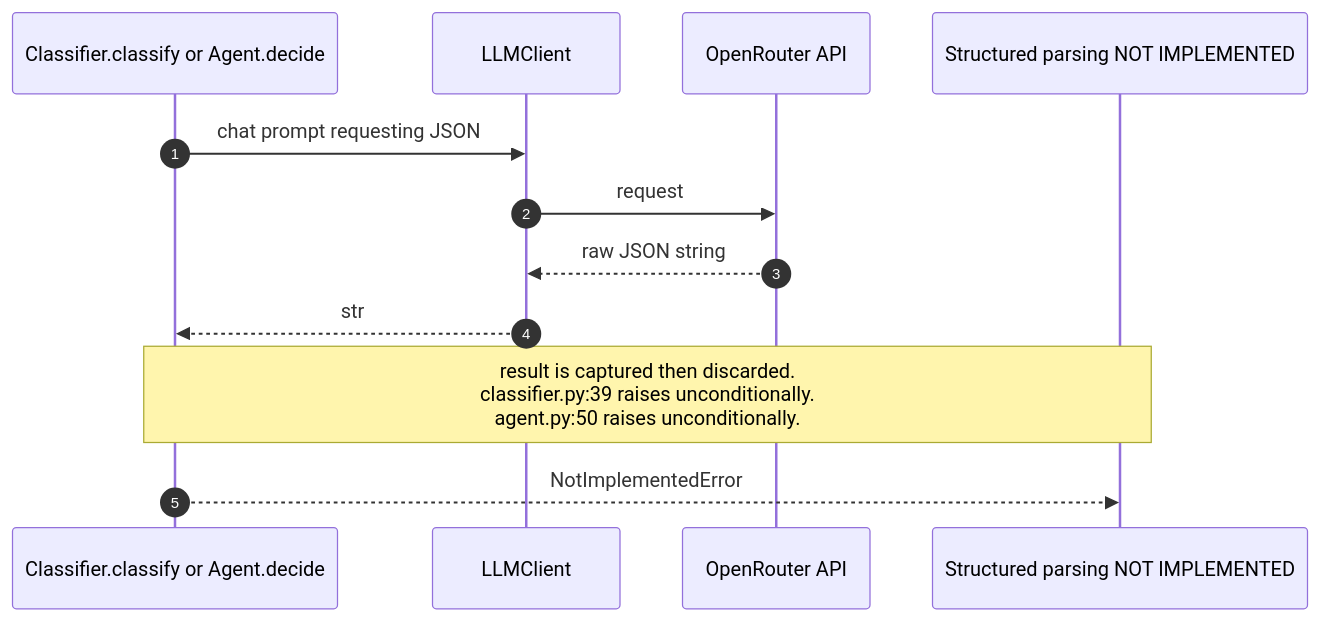
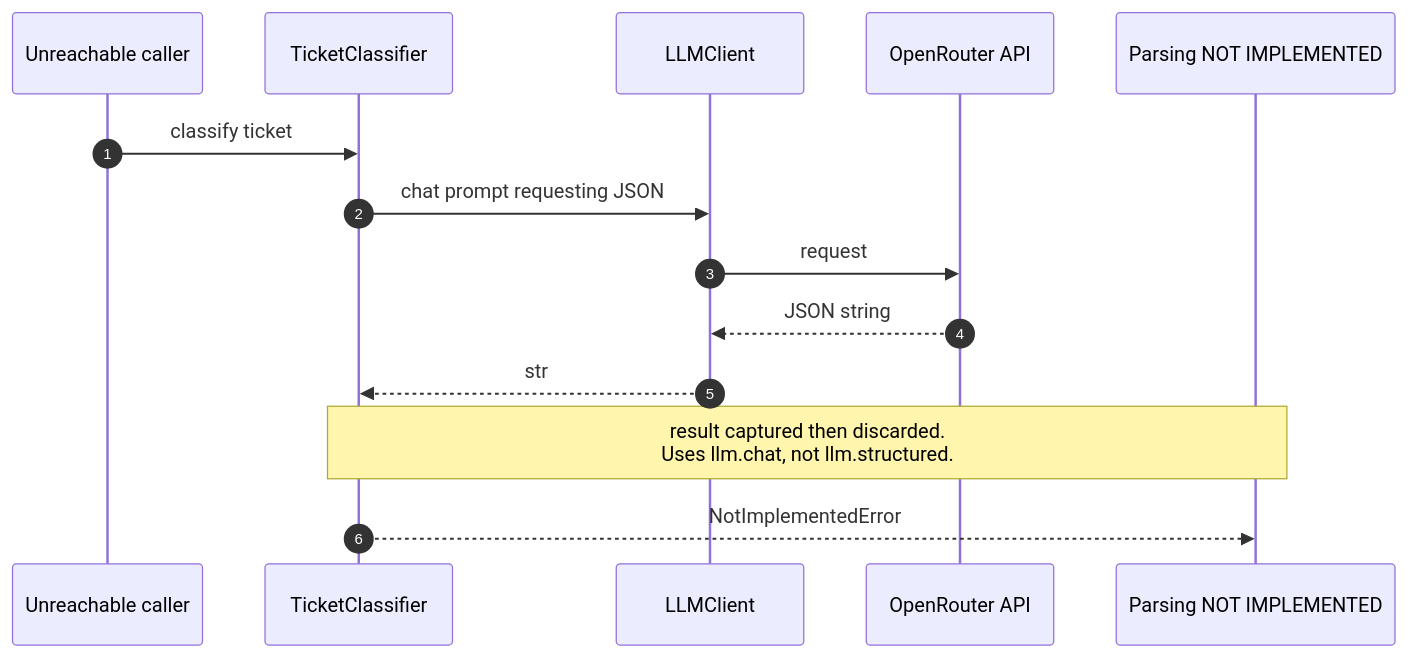
The fourth of 5 diagrams in docs/sequence-diagram.md (mezni/data-helpers), drawn with Mermaid before and after one commit. The commit also changed other lines of this file and 4 other files, not shown here.

Commit message:
Add tool architecture

````diff
--- a/docs/sequence-diagram.md
+++ b/docs/sequence-diagram.md
@@ -121,15 +153,17 @@
 ```mermaid
 sequenceDiagram
     autonumber
-    participant Agent as Classifier.classify or Agent.decide
+    participant Caller as Unreachable caller
+    participant Classifier as TicketClassifier
     participant LLMClient as LLMClient
     participant API as OpenRouter API
-    participant Missing as Structured parsing NOT IMPLEMENTED
+    participant Missing as Parsing NOT IMPLEMENTED
 
-    Agent->>LLMClient: chat prompt requesting JSON
+    Caller->>Classifier: classify ticket
+    Classifier->>LLMClient: chat prompt requesting JSON
     LLMClient->>API: request
-    API-->>LLMClient: raw JSON string
-    LLMClient-->>Agent: str
-    Note over Agent,Missing: result is captured then discarded.<br/>classifier.py:39 raises unconditionally.<br/>agent.py:50 raises unconditionally.
-    Agent-->>Missing: NotImplementedError
+    API-->>LLMClient: JSON string
+    LLMClient-->>Classifier: str
+    Note over Classifier,Missing: result captured then discarded.<br/>Uses llm.chat, not llm.structured.
+    Classifier-->>Missing: NotImplementedError
 ```
````
